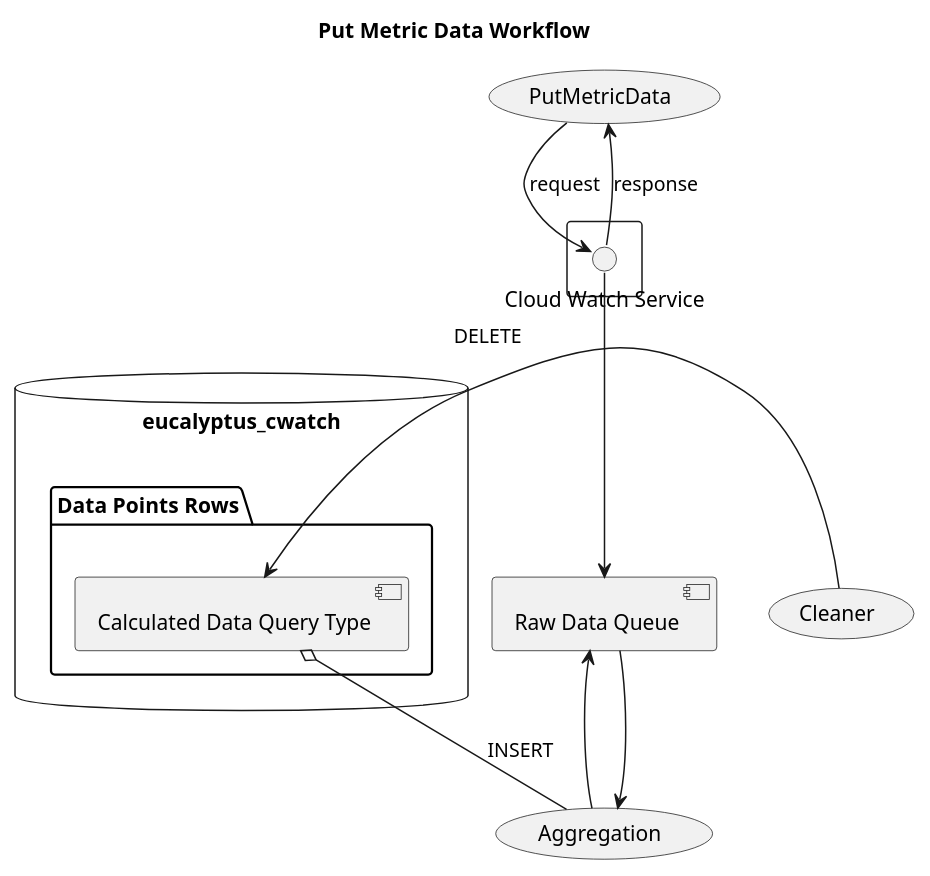
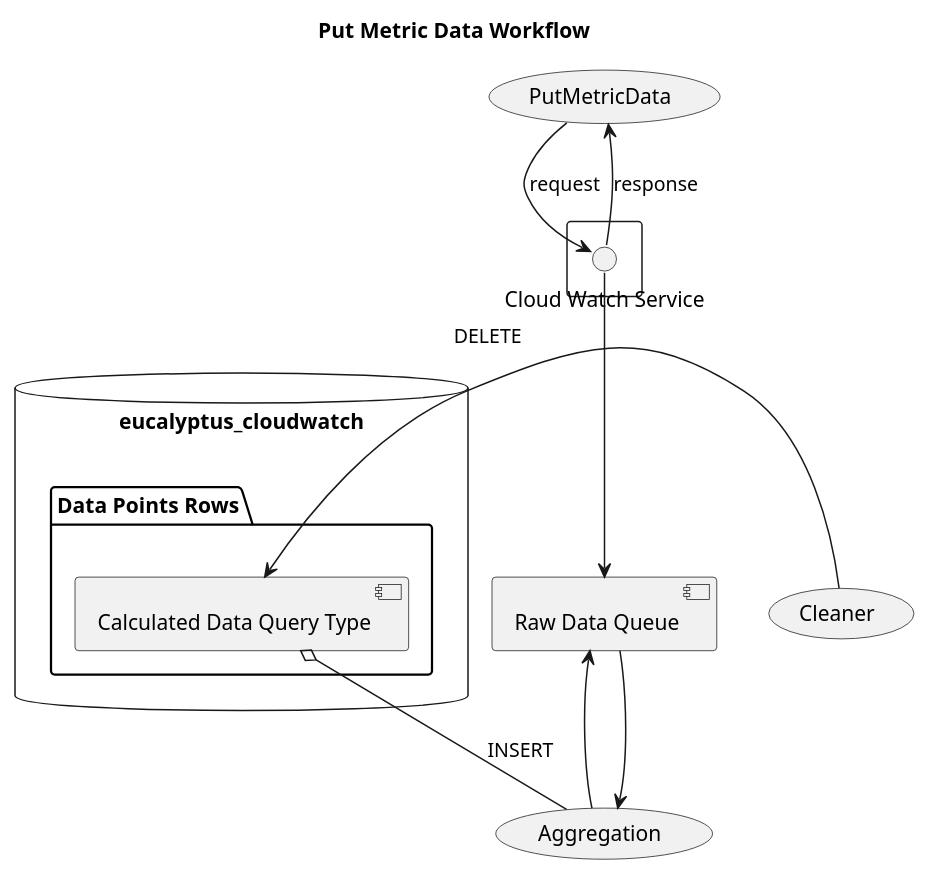
Before and after one commit to eucalyptus/architecture: the diagram in features/cloudwatch/3.3/put-metric-data-workflow.puml, drawn with PlantUML. The commit also changed 1 other file, not shown here.

Commit message:
updating put-metric-data-workflow.puml and put-metric-data-workflow.png, changing db name to eucalyptus_cloudwatch to match component architecture

```diff
--- a/features/cloudwatch/3.3/put-metric-data-workflow.puml
+++ b/features/cloudwatch/3.3/put-metric-data-workflow.puml
@@ -1,20 +1,20 @@
 @startuml
 
 title Put Metric Data Workflow
 
 rectangle {
     ()"Cloud Watch Service"
 }
-() "Cloud Watch Service" --> (PutMetricData): response 
+() "Cloud Watch Service" --> (PutMetricData): response
 (PutMetricData) -down-> ()"Cloud Watch Service" : request
-() "Cloud Watch Service" -down-> [Raw Data Queue] 
-[Raw Data Queue] --> (Aggregation) 
-[Raw Data Queue] <-right- (Aggregation) 
-database "eucalyptus_cwatch" {
+() "Cloud Watch Service" -down-> [Raw Data Queue]
+[Raw Data Queue] --> (Aggregation)
+[Raw Data Queue] <-right- (Aggregation)
+database "eucalyptus_cloudwatch" {
 folder "Data Points Rows" {
-    [Calculated Data Query Type] 
+    [Calculated Data Query Type]
   }
-} 
-[Calculated Data Query Type] o-- (Aggregation) : INSERT 
+}
+[Calculated Data Query Type] o-- (Aggregation) : INSERT
 (Cleaner) --left-> [Calculated Data Query Type] : DELETE
 @enduml
```
